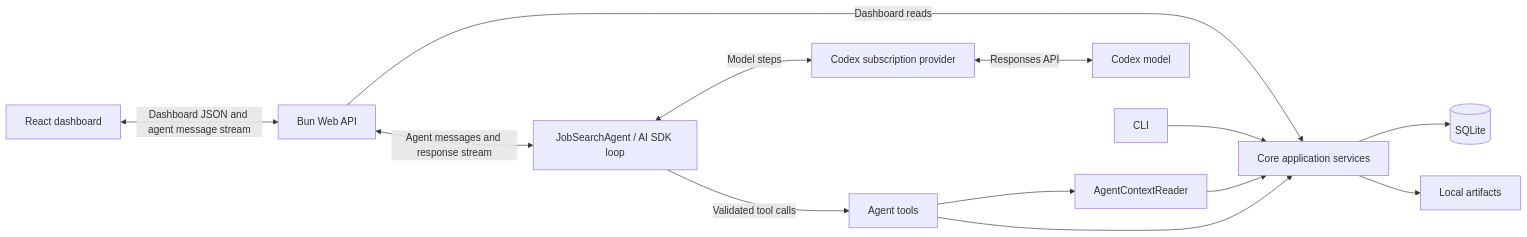
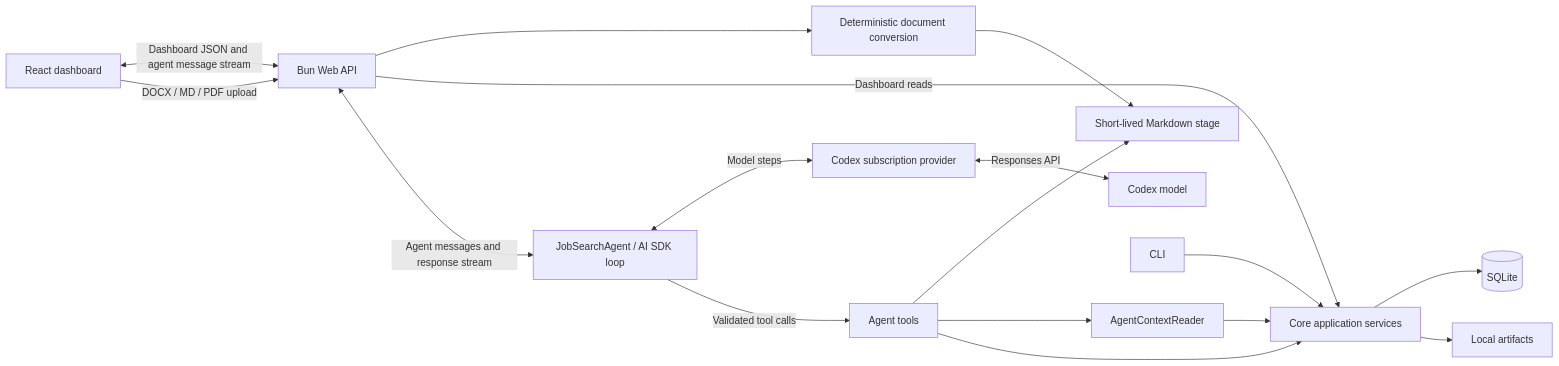
Before and after one commit to paulmccallick/gig-finder: the diagram in docs/architecture/overview.md, drawn with Mermaid. The commit also changed other lines of this file and 34 other files, not shown here.

````diff
--- a/docs/architecture/overview.md
+++ b/docs/architecture/overview.md
@@ -5,15 +5,19 @@
 ```mermaid
 flowchart LR
   Dashboard[React dashboard] <-->|Dashboard JSON and agent message stream| API[Bun Web API]
+  Dashboard -->|DOCX / MD / PDF upload| API
+  API --> Converter[Deterministic document conversion]
+  Converter --> Stage[Short-lived Markdown stage]
   API -->|Dashboard reads| Core[Core application services]
   API <-->|Agent messages and response stream| Agent[JobSearchAgent / AI SDK loop]
   Agent <-->|Model steps| Provider[Codex subscription provider]
   Provider <-->|Responses API| Model[Codex model]
   Agent -->|Validated tool calls| Tools[Agent tools]
+  Tools --> Stage
   Tools --> Reader[AgentContextReader]
   Tools --> Core
   Reader --> Core
   CLI[CLI] --> Core
   Core --> SQLite[(SQLite)]
   Core --> Artifacts[Local artifacts]
 ```
````
